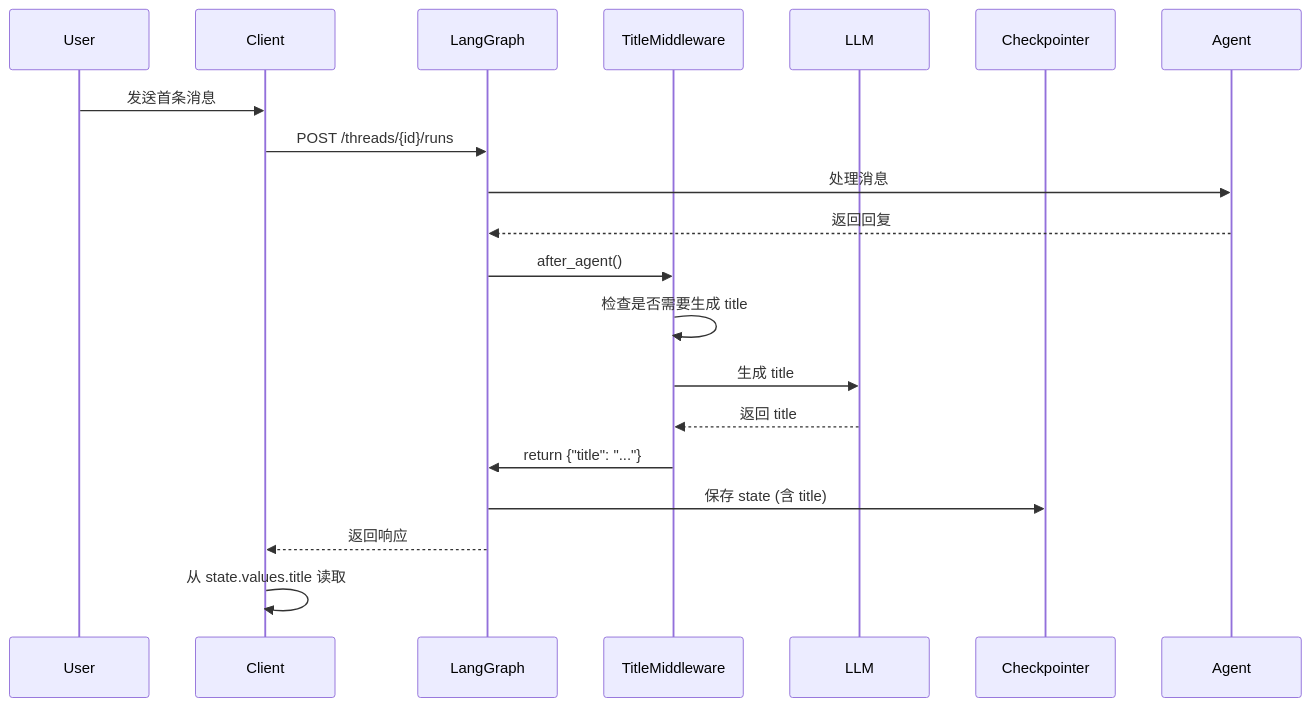
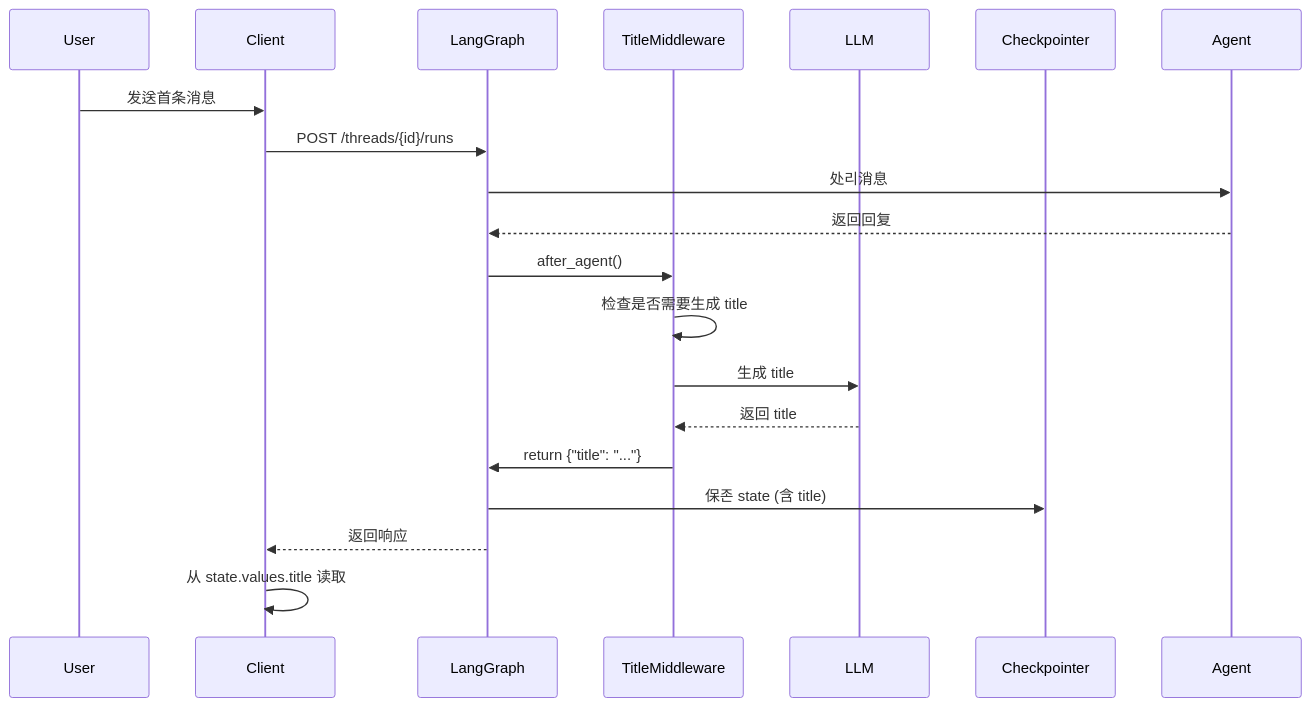
The diagram in backend/docs/AUTO_TITLE_GENERATION.md (lofibrainwav/deer-flow), drawn with Mermaid before and after one commit. The commit also changed other lines of this file and 38 other files, not shown here.

First line of the commit message:
feat(kingdom): Session 210 기술적 부채 청산 — deer-flow dirty 일괄 커밋

````diff
--- a/backend/docs/AUTO_TITLE_GENERATION.md
+++ b/backend/docs/AUTO_TITLE_GENERATION.md
@@ -146,22 +146,22 @@
 ```mermaid
 sequenceDiagram
     participant User
     participant Client
     participant LangGraph
     participant TitleMiddleware
     participant LLM
     participant Checkpointer
 
     User->>Client: 发送首条消息
     Client->>LangGraph: POST /threads/{id}/runs
-    LangGraph->>Agent: 处理消息
+    LangGraph->>Agent: 处리消息
     Agent-->>LangGraph: 返回回复
     LangGraph->>TitleMiddleware: after_agent()
     TitleMiddleware->>TitleMiddleware: 检查是否需要生成 title
     TitleMiddleware->>LLM: 生成 title
     LLM-->>TitleMiddleware: 返回 title
     TitleMiddleware->>LangGraph: return {"title": "..."}
-    LangGraph->>Checkpointer: 保存 state (含 title)
+    LangGraph->>Checkpointer: 保존 state (含 title)
     LangGraph-->>Client: 返回响应
     Client->>Client: 从 state.values.title 读取
 ```
````
